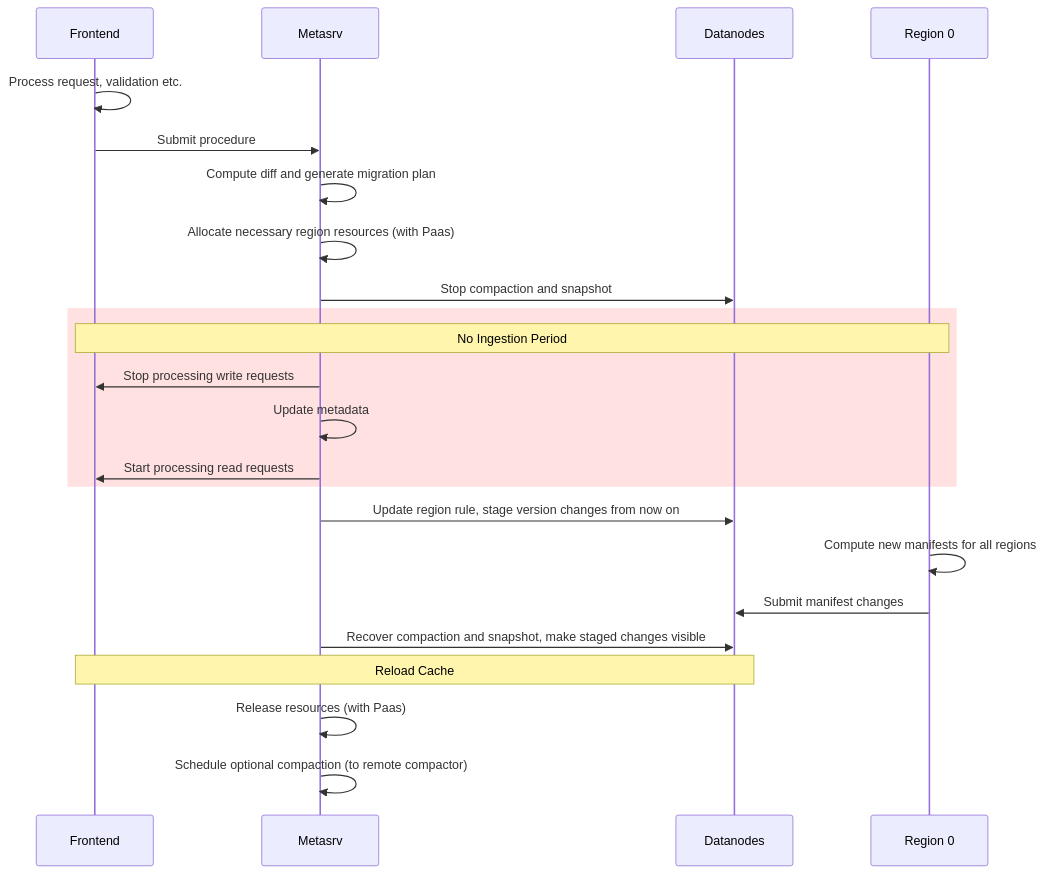
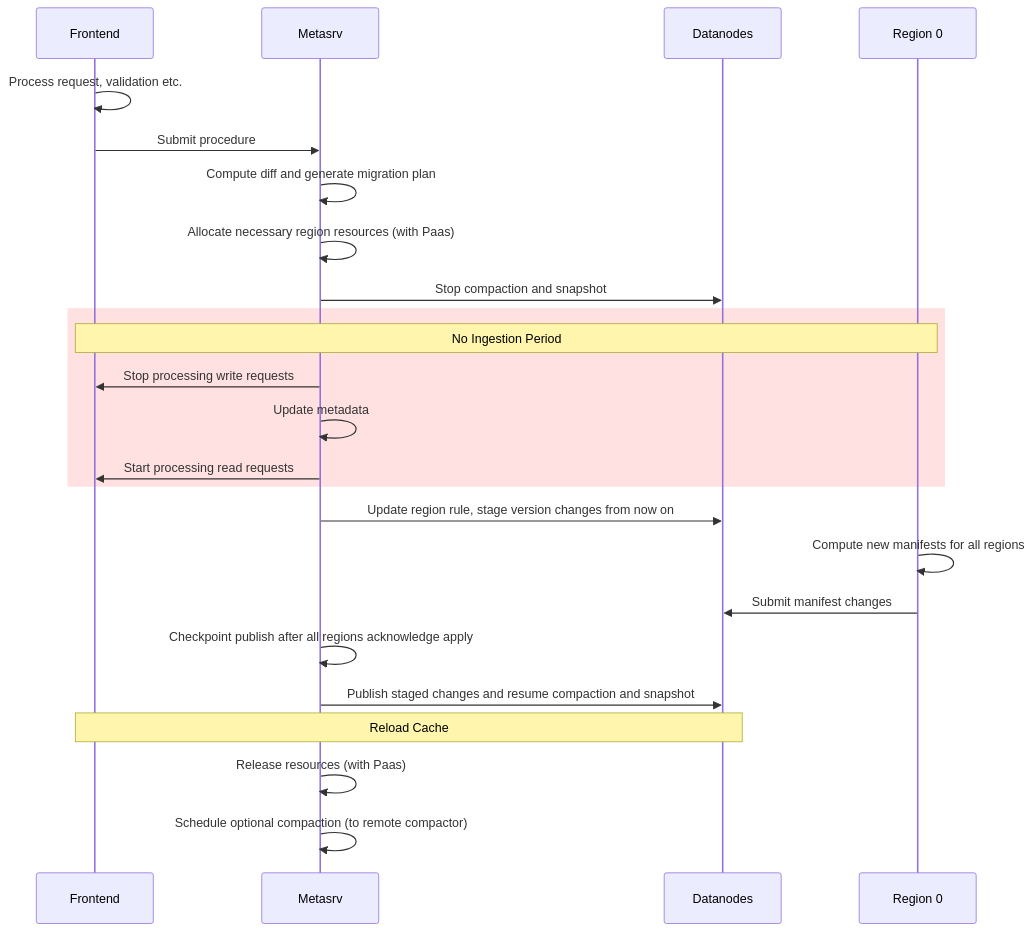
Before and after one commit to GreptimeTeam/greptimedb: the diagram in docs/rfcs/2025-06-20-repartition.md, drawn with Mermaid. The commit also changed other lines of this file, not shown here.

````diff
--- a/docs/rfcs/2025-06-20-repartition.md
+++ b/docs/rfcs/2025-06-20-repartition.md
@@ -20,27 +20,28 @@
 ```mermaid
 sequenceDiagram
     participant Frontend
     participant Metasrv
     participant Datanodes
     participant Region0 as Region 0
     
     Frontend->>Frontend: Process request, validation etc.
     Frontend->>Metasrv: Submit procedure
     Metasrv->>Metasrv: Compute diff and generate migration plan
     Metasrv->>Metasrv: Allocate necessary region resources (with Paas)
     Metasrv->>Datanodes: Stop compaction and snapshot
     rect rgb(255, 225, 225)
         note over Frontend, Region0: No Ingestion Period
         Metasrv->>Frontend: Stop processing write requests
         Metasrv->>Metasrv: Update metadata
         Metasrv->>Frontend: Start processing read requests
     end
     Metasrv->>Datanodes: Update region rule, stage version changes from now on
     Region0->>Region0: Compute new manifests for all regions
     Region0->>Datanodes: Submit manifest changes
-    Metasrv->>Datanodes: Recover compaction and snapshot, make staged changes visible
+    Metasrv->>Metasrv: Checkpoint publish after all regions acknowledge apply
+    Metasrv->>Datanodes: Publish staged changes and resume compaction and snapshot
 
     note over Frontend, Datanodes: Reload Cache
     Metasrv->>Metasrv: Release resources (with Paas)
     Metasrv->>Metasrv: Schedule optional compaction (to remote compactor)
 ```
````
